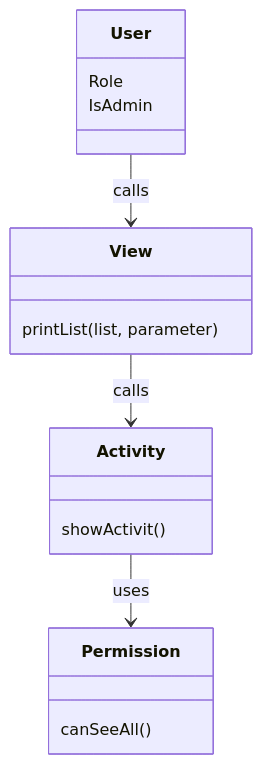
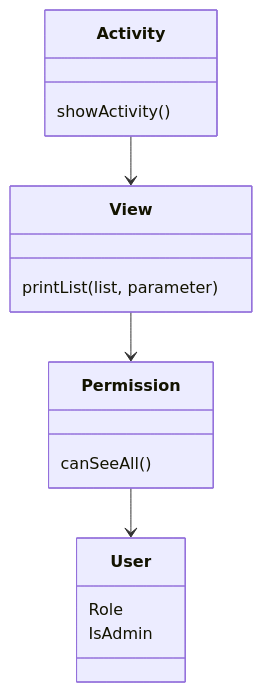
Before and after one commit to MatiasHeiberg/1.semesterprojekt: the second of 2 diagrams in 02 notes/Sekvensdiagram.md, drawn with Mermaid.

````diff
--- a/02 notes/Sekvensdiagram.md
+++ b/02 notes/Sekvensdiagram.md
@@ -23,26 +23,26 @@
 ```mermaid
 classDiagram
 
     class Permission {
         canSeeAll()
     }
 
     class User {
         Role
         IsAdmin
     }
 
     class Activity {
-        showActivit()
+        showActivity()
     }
 
     class View {
         printList(list, parameter)
     }
 
-    Activity --> Permission : uses
-    View --> Activity : calls
-    User --> View : calls
+    Activity --> View
+    View --> Permission
+    Permission --> User
 
 
 ```
````
